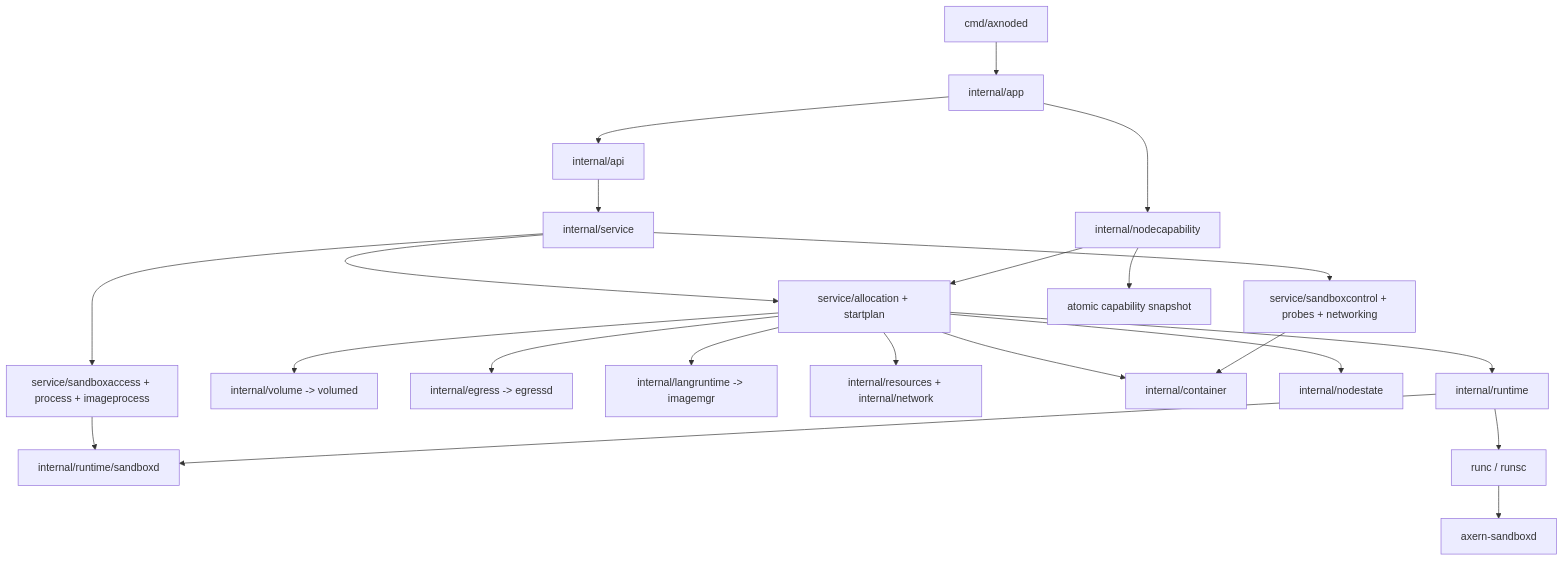
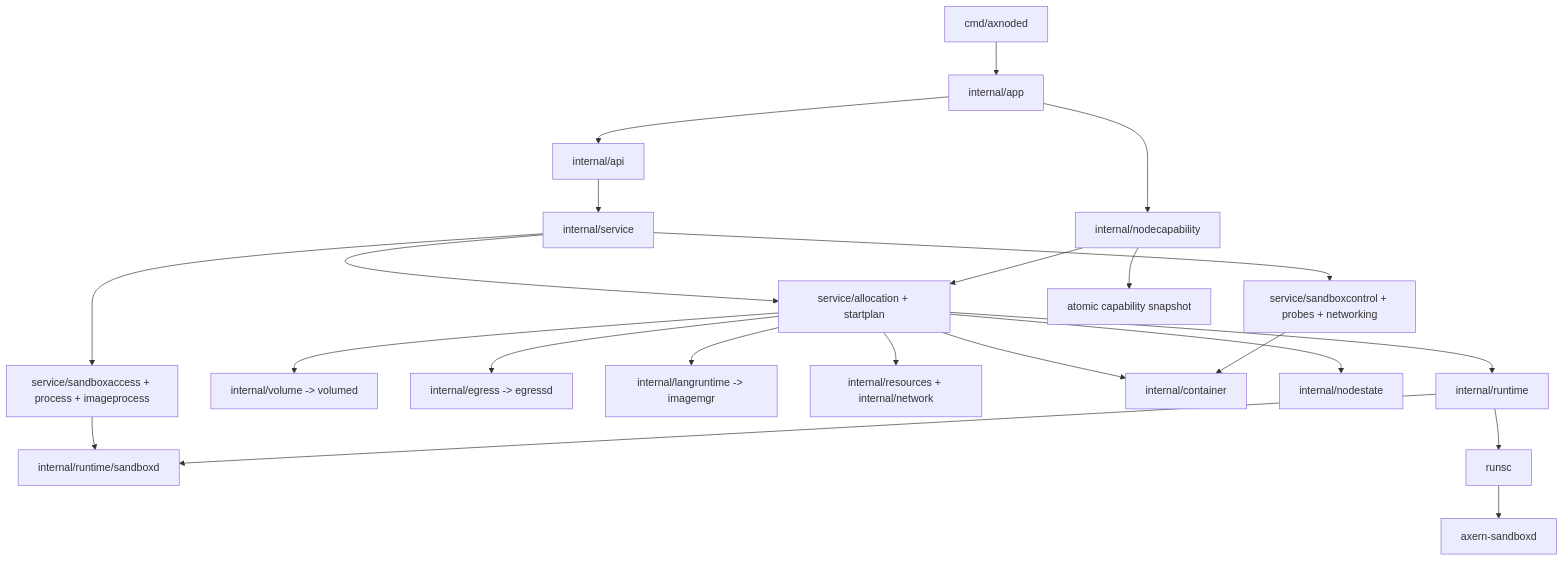
The first of 3 diagrams in runtime/axnoded/docs/architecture.md (cofy-x/axern), drawn with Mermaid before and after one commit. The commit also changed 192 other files, not shown here.

Commit message:
refactor(runtime): remove runc execution and capability debt

````diff
--- a/runtime/axnoded/docs/architecture.md
+++ b/runtime/axnoded/docs/architecture.md
@@ -9,27 +9,27 @@
 ```mermaid
 flowchart TB
     Entry["cmd/axnoded"] --> App["internal/app"]
     App --> API["internal/api"]
     App --> Capability["internal/nodecapability"]
     API --> Service["internal/service"]
 
     Service --> Allocation["service/allocation + startplan"]
     Service --> Access["service/sandboxaccess + process + imageprocess"]
     Service --> Control["service/sandboxcontrol + probes + networking"]
 
     Allocation --> Volume["internal/volume -> volumed"]
     Allocation --> Egress["internal/egress -> egressd"]
     Allocation --> LangRuntime["internal/langruntime -> imagemgr"]
     Allocation --> Resources["internal/resources + internal/network"]
     Allocation --> Container["internal/container"]
     Allocation --> NodeState["internal/nodestate"]
     Allocation --> Runtime["internal/runtime"]
     Capability --> Inventory["atomic capability snapshot"]
     Capability --> Allocation
 
     Access --> RuntimeClient["internal/runtime/sandboxd"]
     Control --> Container
-    Runtime --> OCI["runc / runsc"]
+    Runtime --> OCI["runsc"]
     Runtime --> RuntimeClient
     OCI --> Sandboxd["axern-sandboxd"]
 ```
````
